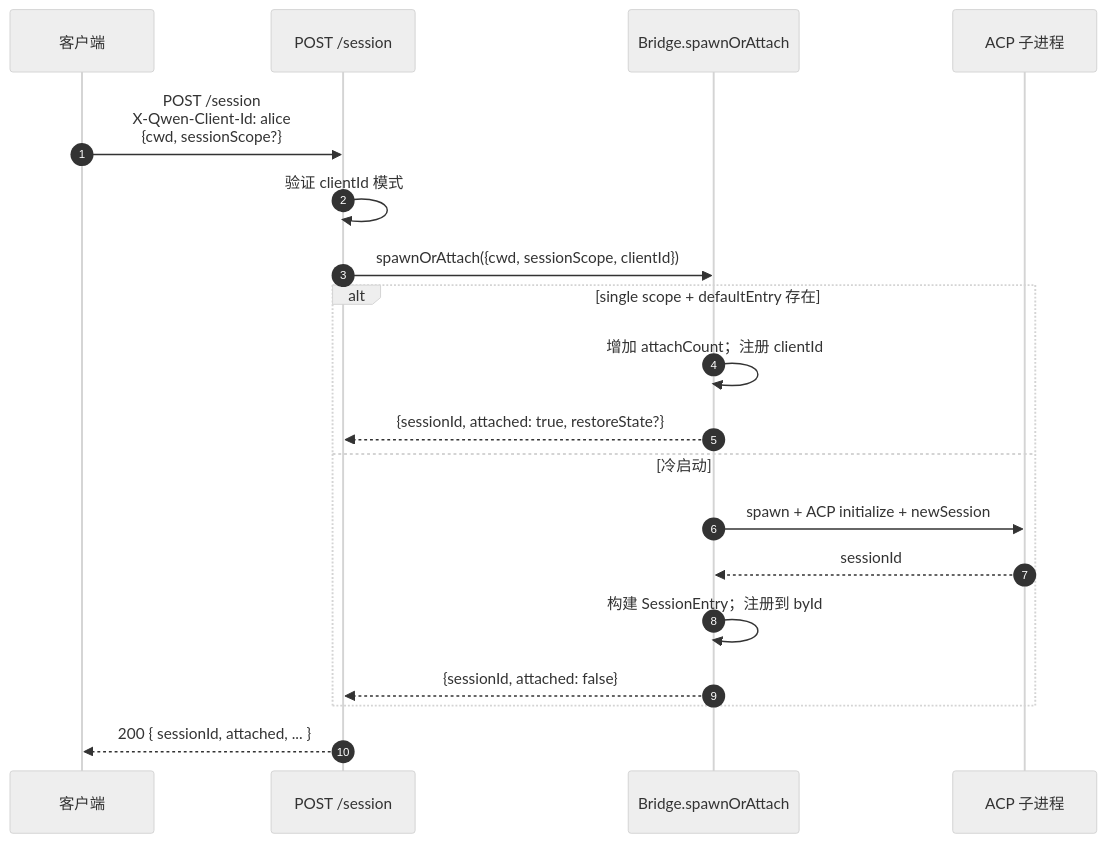
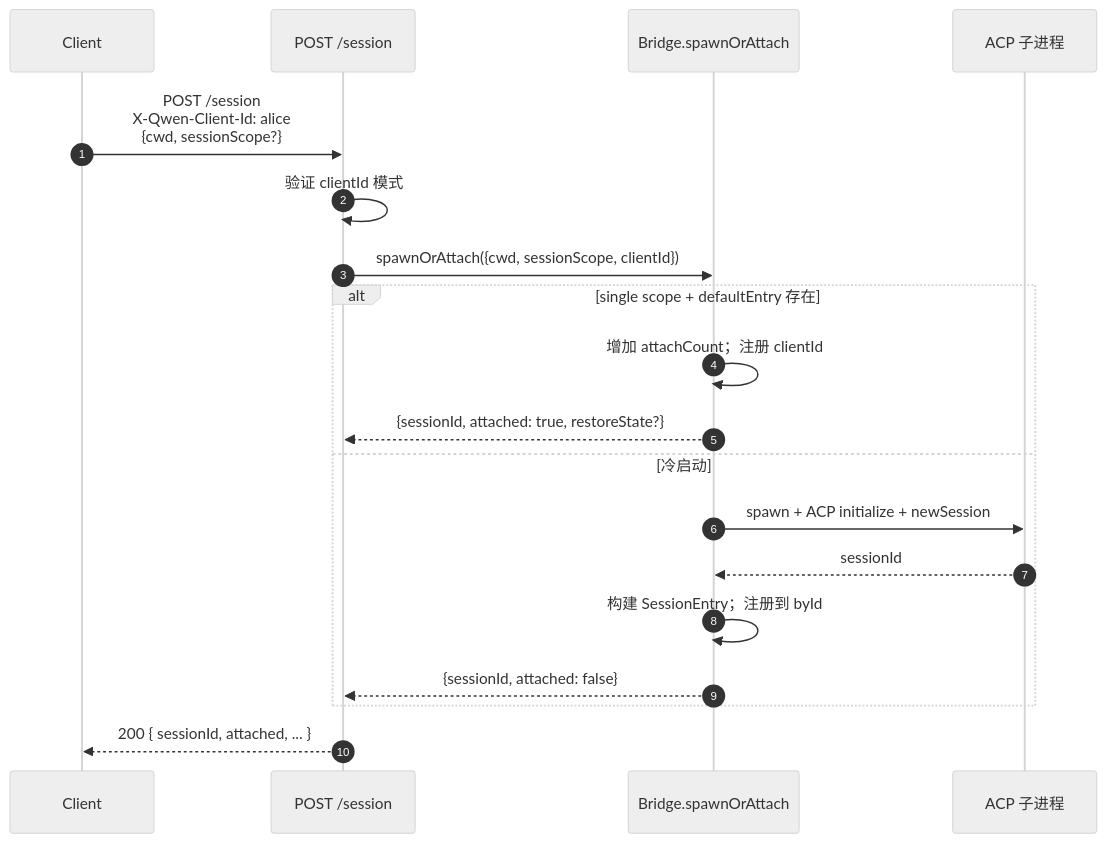
The second of 2 diagrams in website/content/zh/developers/daemon/08-session-lifecycle.md (QwenLM/qwen-code-docs), drawn with Mermaid (neutral theme) before and after one commit. The commit also changed other lines of this file and 128 other files, not shown here.

````diff
--- a/website/content/zh/developers/daemon/08-session-lifecycle.md
+++ b/website/content/zh/developers/daemon/08-session-lifecycle.md
@@ -78,22 +78,22 @@
 ```mermaid
 sequenceDiagram
     autonumber
-    participant C as 客户端
+    participant C as Client
     participant R as POST /session
     participant B as Bridge.spawnOrAttach
     participant CH as ACP 子进程
 
     C->>R: POST /session<br/>X-Qwen-Client-Id: alice<br/>{cwd, sessionScope?}
     R->>R: 验证 clientId 模式
     R->>B: spawnOrAttach({cwd, sessionScope, clientId})
     alt single scope + defaultEntry 存在
         B->>B: 增加 attachCount；注册 clientId
         B-->>R: {sessionId, attached: true, restoreState?}
     else 冷启动
         B->>CH: spawn + ACP initialize + newSession
         CH-->>B: sessionId
         B->>B: 构建 SessionEntry；注册到 byId
         B-->>R: {sessionId, attached: false}
     end
     R-->>C: 200 { sessionId, attached, ... }
 ```
````
